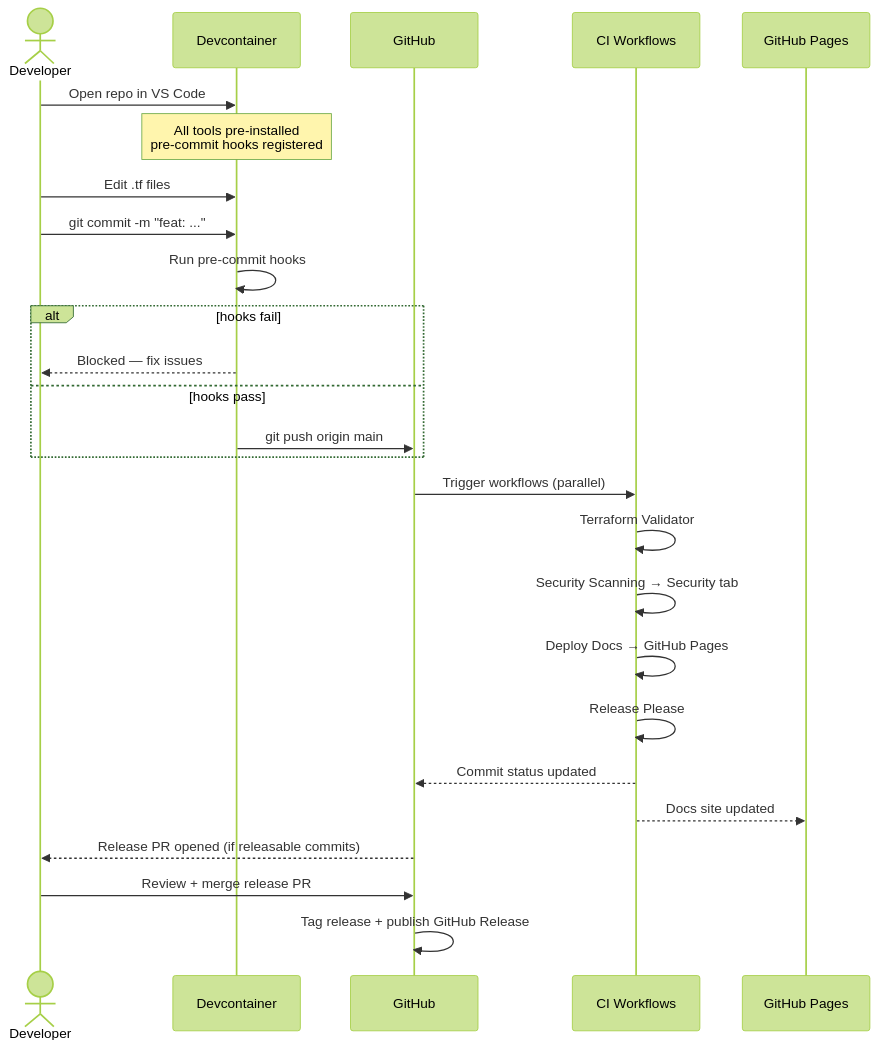
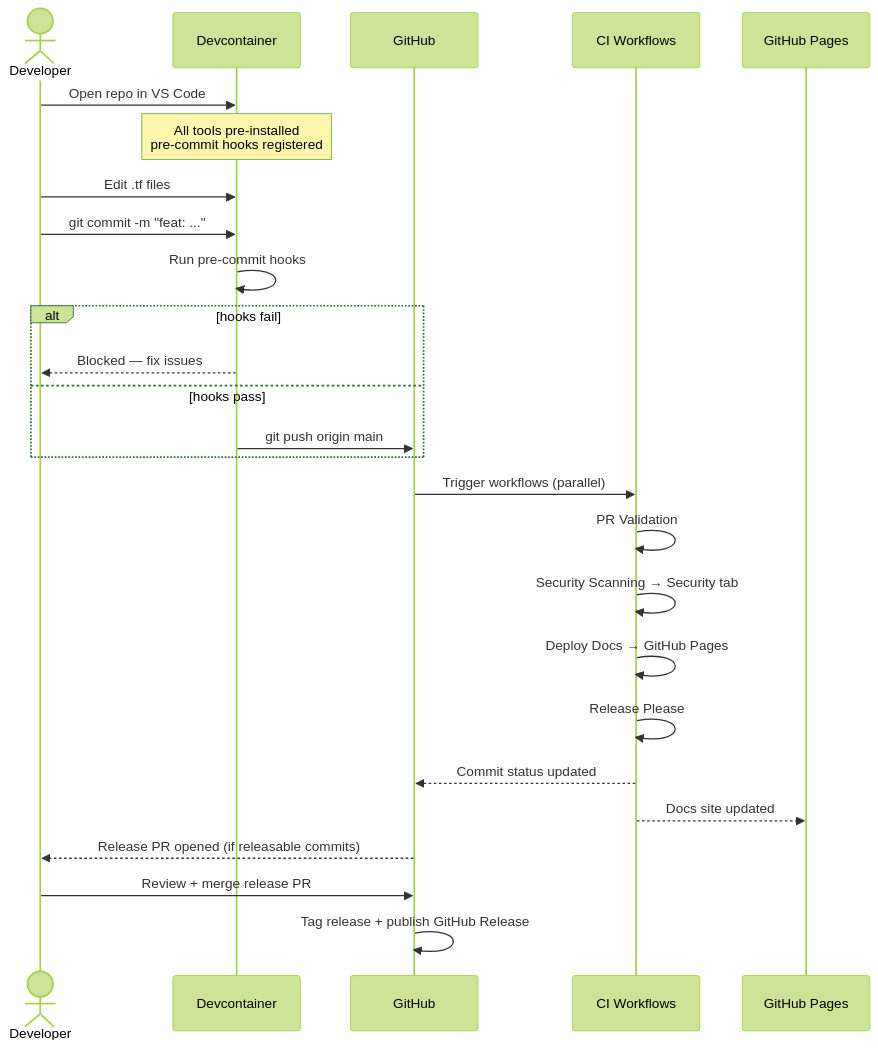
Before and after one commit to nwarila-platform/proxmox-vm-terraform-framework: the second of 4 diagrams in docs/explanation/architecture.md, drawn with Mermaid (forest theme). The commit also changed other lines of this file and 40 other files, not shown here.

````diff
--- a/docs/explanation/architecture.md
+++ b/docs/explanation/architecture.md
@@ -72,33 +72,33 @@
 ```mermaid
 sequenceDiagram
     actor Dev as Developer
     participant DC as Devcontainer
     participant GH as GitHub
     participant CI as CI Workflows
     participant Pages as GitHub Pages
 
     Dev->>DC: Open repo in VS Code
     Note over DC: All tools pre-installed<br/>pre-commit hooks registered
 
     Dev->>DC: Edit .tf files
     Dev->>DC: git commit -m "feat: ..."
     DC->>DC: Run pre-commit hooks
     alt hooks fail
         DC-->>Dev: Blocked — fix issues
     else hooks pass
         DC->>GH: git push origin main
     end
 
     GH->>CI: Trigger workflows (parallel)
-    CI->>CI: Terraform Validator
+    CI->>CI: PR Validation
     CI->>CI: Security Scanning → Security tab
     CI->>CI: Deploy Docs → GitHub Pages
     CI->>CI: Release Please
 
     CI-->>GH: Commit status updated
     CI-->>Pages: Docs site updated
     GH-->>Dev: Release PR opened (if releasable commits)
 
     Dev->>GH: Review + merge release PR
     GH->>GH: Tag release + publish GitHub Release
 ```
````
